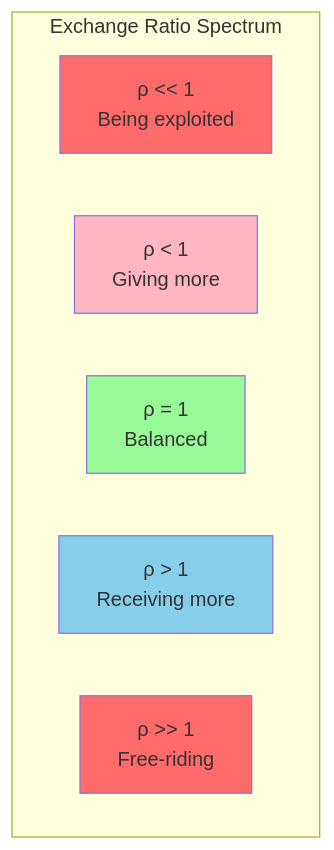
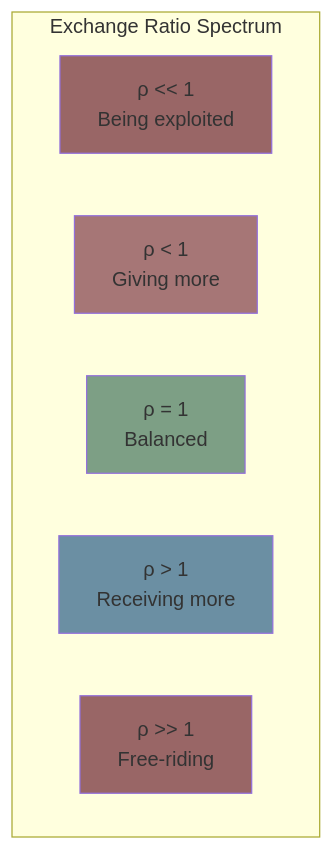
One commit to ScopeCreep-zip/Symbiont changed the first of 4 diagrams in docs/protocol/reciprocity.md. Above: the diagram before and after it, drawn with Mermaid. The commit also changed 17 other files, not shown here.

Commit message:
update to diagram colors

````diff
--- a/docs/protocol/reciprocity.md
+++ b/docs/protocol/reciprocity.md
@@ -66,17 +66,17 @@
 ```mermaid
 graph LR
     subgraph "Exchange Ratio Spectrum"
         direction LR
         EXPLOIT["ρ << 1<br/>Being exploited"]
         GIVE["ρ < 1<br/>Giving more"]
         BALANCE["ρ = 1<br/>Balanced"]
         RECEIVE["ρ > 1<br/>Receiving more"]
         FREE["ρ >> 1<br/>Free-riding"]
     end
 
-    style EXPLOIT fill:#FF6B6B
-    style GIVE fill:#FFB6C1
-    style BALANCE fill:#98FB98
-    style RECEIVE fill:#87CEEB
-    style FREE fill:#FF6B6B
+    style EXPLOIT fill:#996666
+    style GIVE fill:#a67676
+    style BALANCE fill:#7d9f85
+    style RECEIVE fill:#6b8fa3
+    style FREE fill:#996666
 ```
````
